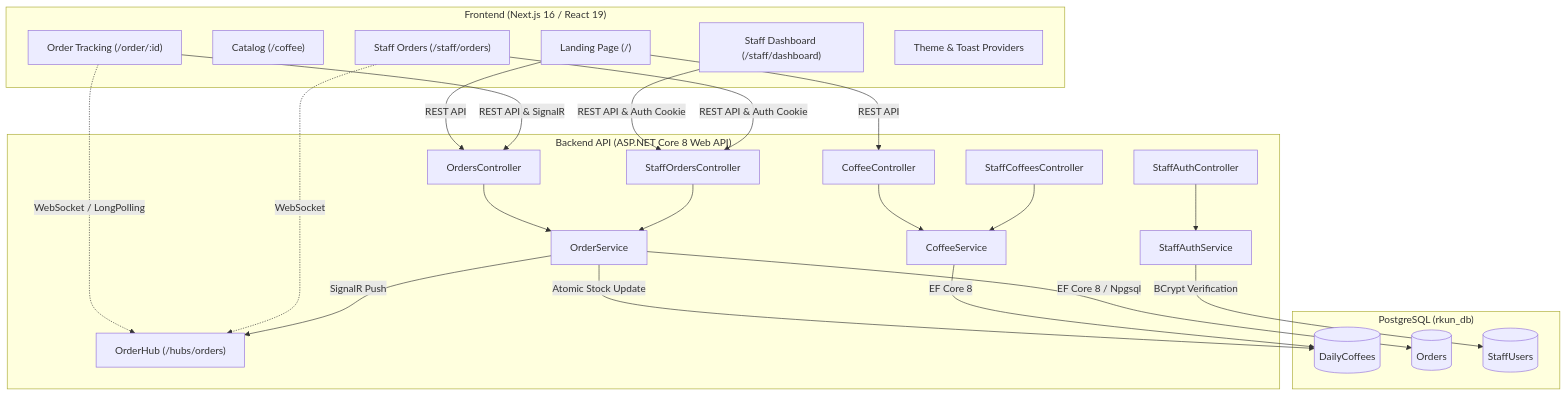
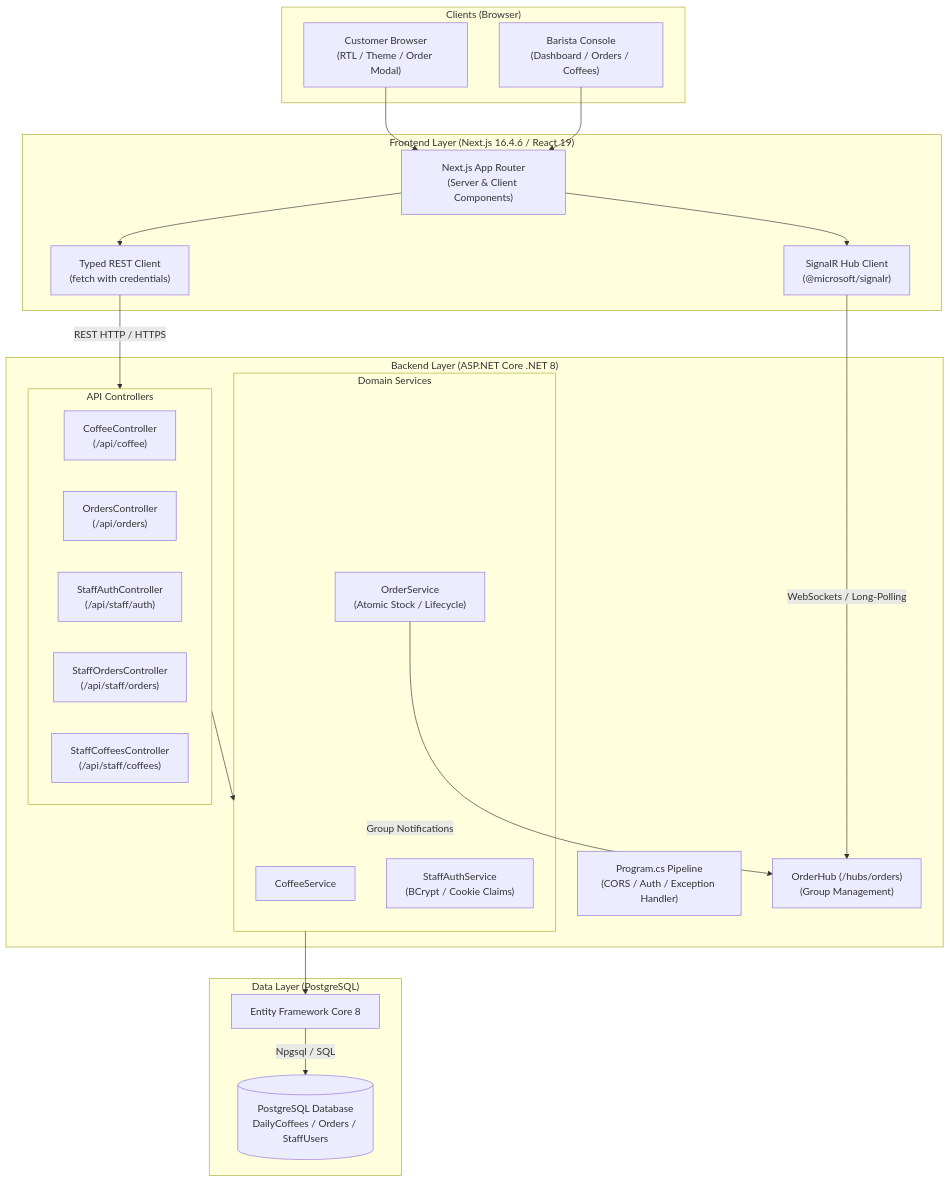
Before and after one commit to mrasgk/S-07: the first of 2 diagrams in README.md, drawn with Mermaid. The commit also changed other lines of this file, not shown here.

````diff
--- a/README.md
+++ b/README.md
@@ -71,49 +119,50 @@
 ```mermaid
 graph TD
-    subgraph Client ["Frontend (Next.js 16 / React 19)"]
-        Landing["Landing Page (/)"]
-        CoffeeCatalog["Catalog (/coffee)"]
-        TrackPage["Order Tracking (/order/:id)"]
-        StaffDash["Staff Dashboard (/staff/dashboard)"]
-        StaffOrders["Staff Orders (/staff/orders)"]
-        Theme["Theme & Toast Providers"]
+    subgraph Clients["Clients (Browser)"]
+        Customer["Customer Browser<br/>(RTL / Theme / Order Modal)"]
+        StaffUI["Barista Console<br/>(Dashboard / Orders / Coffees)"]
     end
 
-    subgraph Server ["Backend API (ASP.NET Core 8 Web API)"]
-        CoffeeCtrl["CoffeeController"]
-        OrdersCtrl["OrdersController"]
-        StaffAuthCtrl["StaffAuthController"]
-        StaffOrdersCtrl["StaffOrdersController"]
-        StaffCoffeesCtrl["StaffCoffeesController"]
-        Hub["OrderHub (/hubs/orders)"]
-        OrderSvc["OrderService"]
-        CoffeeSvc["CoffeeService"]
-        AuthSvc["StaffAuthService"]
+    subgraph Frontend["Frontend Layer (Next.js 16.4.6 / React 19)"]
+        AppRouter["Next.js App Router<br/>(Server & Client Components)"]
+        SignalRClient["SignalR Hub Client<br/>(@microsoft/signalr)"]
+        FetchClient["Typed REST Client<br/>(fetch with credentials)"]
     end
 
-    subgraph Database ["PostgreSQL (rkun_db)"]
-        DailyCoffeesTable[("DailyCoffees")]
-        OrdersTable[("Orders")]
-        StaffUsersTable[("StaffUsers")]
+    subgraph Backend["Backend Layer (ASP.NET Core .NET 8)"]
+        Program["Program.cs Pipeline<br/>(CORS / Auth / Exception Handler)"]
+        OrderHub["OrderHub (/hubs/orders)<br/>(Group Management)"]
+        
+        subgraph Controllers["API Controllers"]
+            CoffeeCtrl["CoffeeController<br/>(/api/coffee)"]
+            OrdersCtrl["OrdersController<br/>(/api/orders)"]
+            StaffAuthCtrl["StaffAuthController<br/>(/api/staff/auth)"]
+            StaffOrdersCtrl["StaffOrdersController<br/>(/api/staff/orders)"]
+            StaffCoffeesCtrl["StaffCoffeesController<br/>(/api/staff/coffees)"]
+        end
+
+        subgraph Services["Domain Services"]
+            CoffeeSvc["CoffeeService"]
+            OrderSvc["OrderService<br/>(Atomic Stock / Lifecycle)"]
+            AuthSvc["StaffAuthService<br/>(BCrypt / Cookie Claims)"]
+        end
     end
 
-    Landing -->|REST API| CoffeeCtrl
-    Landing -->|REST API| OrdersCtrl
-    TrackPage -->|REST API & SignalR| OrdersCtrl
-    TrackPage -.->|WebSocket / LongPolling| Hub
-    StaffDash -->|REST API & Auth Cookie| StaffOrdersCtrl
-    StaffOrders -->|REST API & Auth Cookie| StaffOrdersCtrl
-    StaffOrders -.->|WebSocket| Hub
-    
-    CoffeeCtrl --> CoffeeSvc
-    OrdersCtrl --> OrderSvc
-    StaffOrdersCtrl --> OrderSvc
-    StaffCoffeesCtrl --> CoffeeSvc
-    StaffAuthCtrl --> AuthSvc
+    subgraph Database["Data Layer (PostgreSQL)"]
+        EFCore["Entity Framework Core 8"]
+        PostgresDB[("PostgreSQL Database<br/>DailyCoffees / Orders / StaffUsers")]
+    end
 
-    OrderSvc -->|SignalR Push| Hub
-    OrderSvc -->|EF Core 8 / Npgsql| OrdersTable
-    OrderSvc -->|Atomic Stock Update| DailyCoffeesTable
-    CoffeeSvc -->|EF Core 8| DailyCoffeesTable
-    AuthSvc -->|BCrypt Verification| StaffUsersTable
+    Customer --> AppRouter
+    StaffUI --> AppRouter
+    AppRouter --> FetchClient
+    AppRouter --> SignalRClient
+
+    FetchClient -->|REST HTTP / HTTPS| Controllers
+    SignalRClient -->|WebSockets / Long-Polling| OrderHub
+
+    Controllers --> Services
+    OrderSvc -->|Group Notifications| OrderHub
+    Services --> EFCore
+    EFCore -->|Npgsql / SQL| PostgresDB
 ```
````
